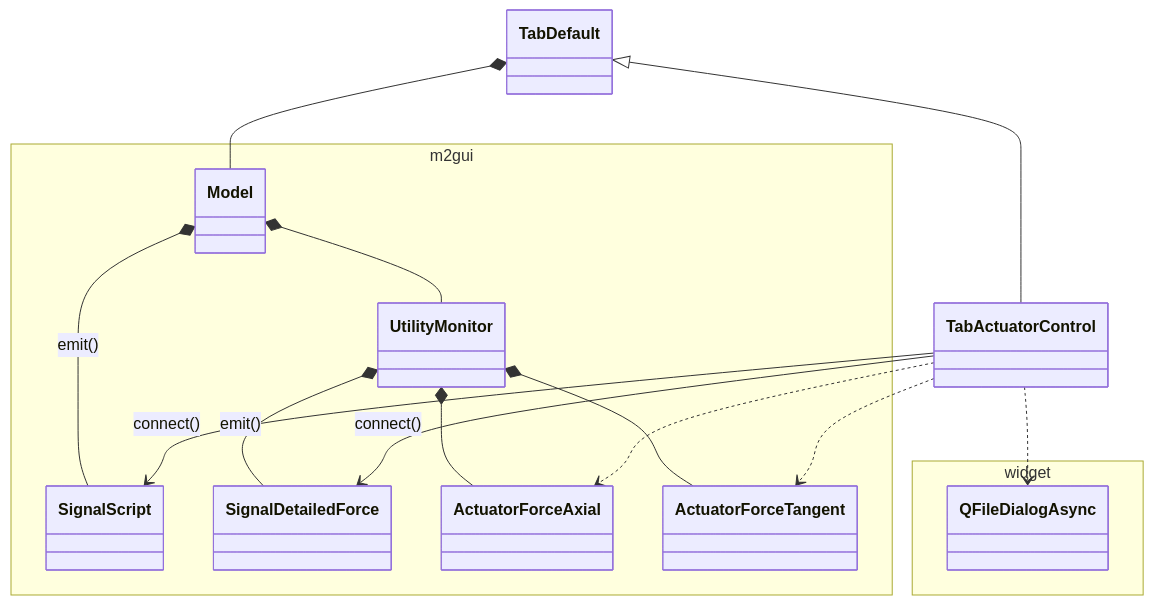
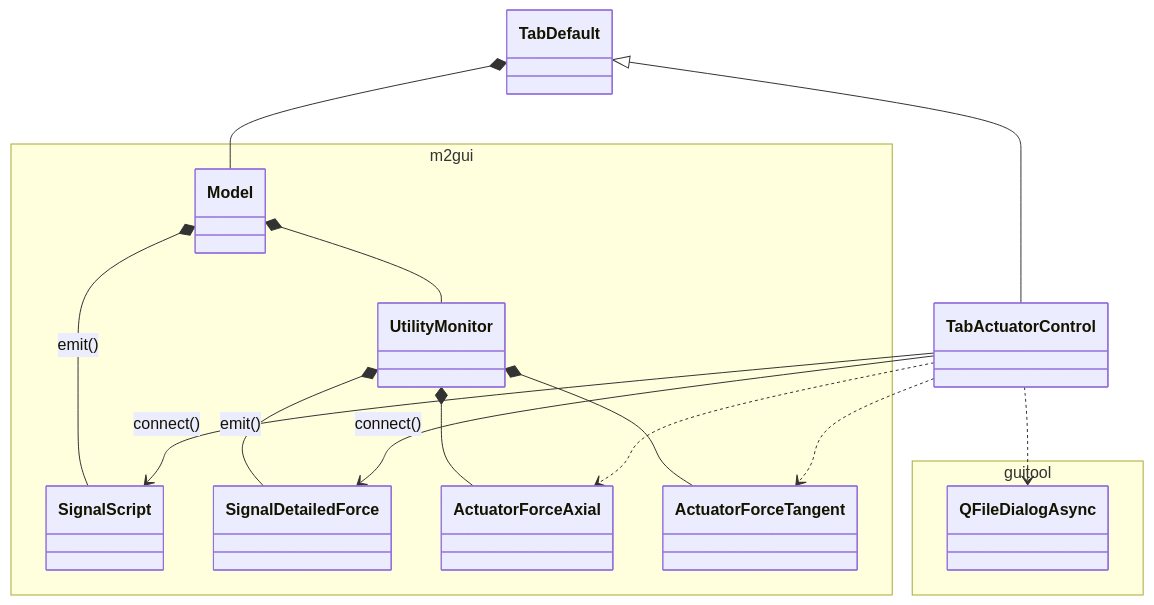
One commit to lsst-ts/ts_m2gui changed the diagram in doc/uml/controltab/class_tab_actuator_control.mmd. Above: the diagram before and after it, drawn with Mermaid. The commit also changed 20 other files, not shown here.

```diff
--- a/doc/uml/controltab/class_tab_actuator_control.mmd
+++ b/doc/uml/controltab/class_tab_actuator_control.mmd
@@ -1,28 +1,28 @@
 classDiagram
 namespace m2gui {
   class Model
   class UtilityMonitor
   class SignalScript
   class SignalDetailedForce
   class ActuatorForceAxial
   class ActuatorForceTangent
 }
 
 Model *-- UtilityMonitor
 Model *-- SignalScript : emit()
 UtilityMonitor *-- SignalDetailedForce : emit()
 UtilityMonitor *-- ActuatorForceAxial
 UtilityMonitor *-- ActuatorForceTangent
 
-namespace widget {
+namespace guitool {
   class QFileDialogAsync
 }
 
 TabDefault *-- Model
 TabDefault <|-- TabActuatorControl
 
 TabActuatorControl --> SignalScript : connect()
 TabActuatorControl --> SignalDetailedForce : connect()
 TabActuatorControl ..> ActuatorForceAxial
 TabActuatorControl ..> ActuatorForceTangent
 TabActuatorControl ..> QFileDialogAsync
```
